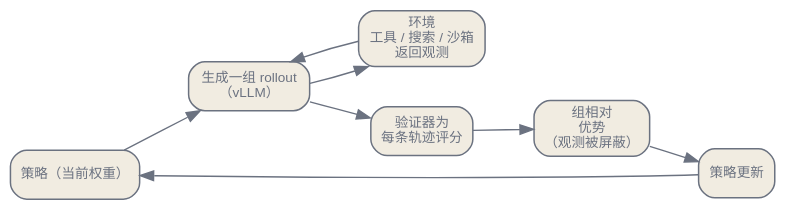
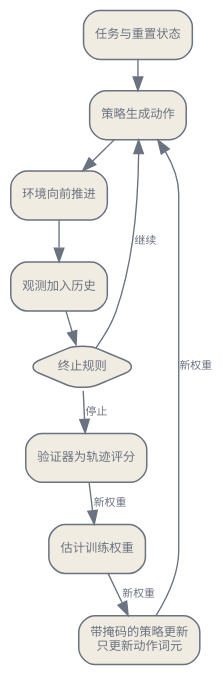
Before and after one commit to latere-ai/ai-as-an-infrastructure: the diagram in zh/orchestration/01-training-agents-to-act.qmd, drawn with Graphviz. The commit also changed other lines of this file and 2 other files, not shown here.

````diff
--- a/zh/orchestration/01-training-agents-to-act.qmd
+++ b/zh/orchestration/01-training-agents-to-act.qmd
@@ -25,24 +69,26 @@
 ```{dot}
 //| label: fig-agent-rl-loop
-//| fig-cap: "智能体强化学习回路。策略生成一组穿过环境的完整多回合 rollout，把它的动作词元与环境的观测词元交织起来；一个验证器为每条轨迹评分；组相对归一化把分数变成优势、广播到那些动作词元上（观测词元被屏蔽）以更新策略。穿过环境的生成是实际耗时的瓶颈。取材自 Shao 等（2024）与 Jin 等（2025）。"
+//| fig-cap: "一次轨迹训练循环。策略与环境轮流执行，直到终止规则触发。验证器随后为已记录的轨迹评分，优势估计器给出训练权重，策略更新则通过来源掩码，只把策略生成的动作词元计入策略损失。图中省略了资源部署与调度选择。"
 digraph {
   bgcolor="transparent";
-  rankdir=LR;
-  nodesep=0.4; ranksep=0.5;
-  node [shape=box, style="rounded,filled", fontname="Helvetica", fontsize=10, color="#6b7280", fontcolor="#6b7280", fillcolor="#f1ece1", penwidth=1.1];
-  edge [fontsize=10, fontname="Helvetica", color="#6b7280", fontcolor="#6b7280"];
-  pol [label="策略（当前权重）"];
-  gen [label="生成一组 rollout\n（vLLM）"];
-  env [label="环境\n工具 / 搜索 / 沙箱\n返回观测"];
-  ver [label="验证器为\n每条轨迹评分"];
-  adv [label="组相对\n优势\n（观测被屏蔽）"];
-  upd [label="策略更新"];
-  pol -> gen;
-  gen -> env;
-  env -> gen;
-  gen -> ver;
-  ver -> adv;
-  adv -> upd;
-  upd -> pol;
+  size="3.2,8.0";
+  rankdir=TB;
+  nodesep=0.2; ranksep=0.3;
+  node [shape=box, style="rounded,filled", fontname="Helvetica", fontsize=9, color="#6b7280", fontcolor="#6b7280", fillcolor="#f1ece1", penwidth=1.1];
+  edge [fontsize=8, fontname="Helvetica", color="#6b7280", fontcolor="#6b7280"];
+
+  TASK [label="任务与重置状态"];
+  POLICY [label="策略生成动作"];
+  ENV [label="环境向前推进"];
+  OBS [label="观测加入历史"];
+  TERM [label="终止规则", shape=diamond];
+  VERIFY [label="验证器为轨迹评分"];
+  ADV [label="估计训练权重"];
+  UPDATE [label="带掩码的策略更新\n只更新动作词元"];
+
+  TASK -> POLICY -> ENV -> OBS -> TERM;
+  TERM -> POLICY [label="继续"];
+  TERM -> VERIFY [label="停止"];
+  VERIFY -> ADV -> UPDATE -> POLICY [label="新权重"];
 }
 ```
````
